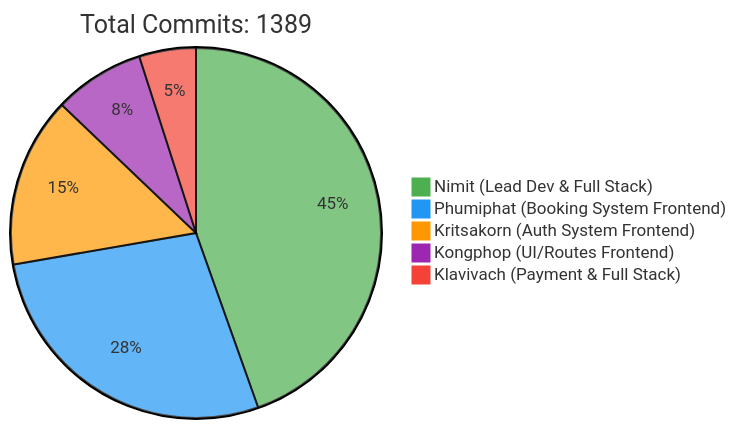
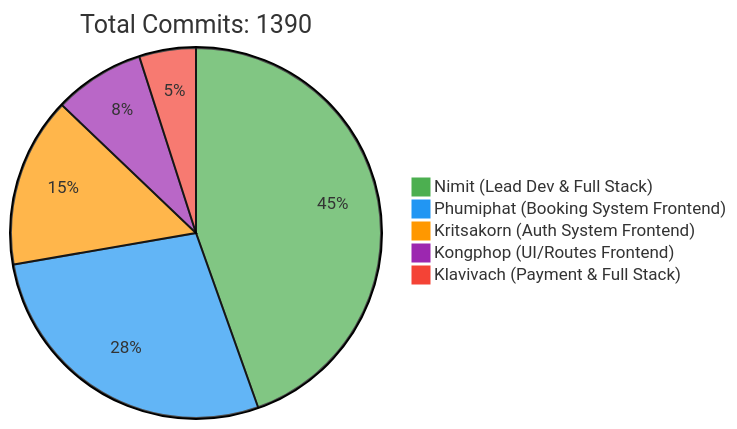
The first of 2 diagrams in README.md (6531503042/Sport-Complex), drawn with Mermaid before and after one commit. The commit also changed other lines of this file, not shown here.

Commit message:
docs: Update contributor statistics [skip ci]

````diff
--- a/README.md
+++ b/README.md
@@ -257,10 +257,10 @@
 ```mermaid
 %%{init: {'theme': 'base', 'themeVariables': { 'pie1': '#4CAF50', 'pie2': '#2196F3', 'pie3': '#FF9800', 'pie4': '#9C27B0', 'pie5': '#F44336'}}}%%
 pie
-    title Total Commits: 1389
+    title Total Commits: 1390
     "Nimit (Lead Dev & Full Stack)" : 450
     "Phumiphat (Booking System Frontend)" : 280
     "Kritsakorn (Auth System Frontend)" : 150
     "Kongphop (UI/Routes Frontend)" : 80
     "Klavivach (Payment & Full Stack)" : 50
 ```
````
